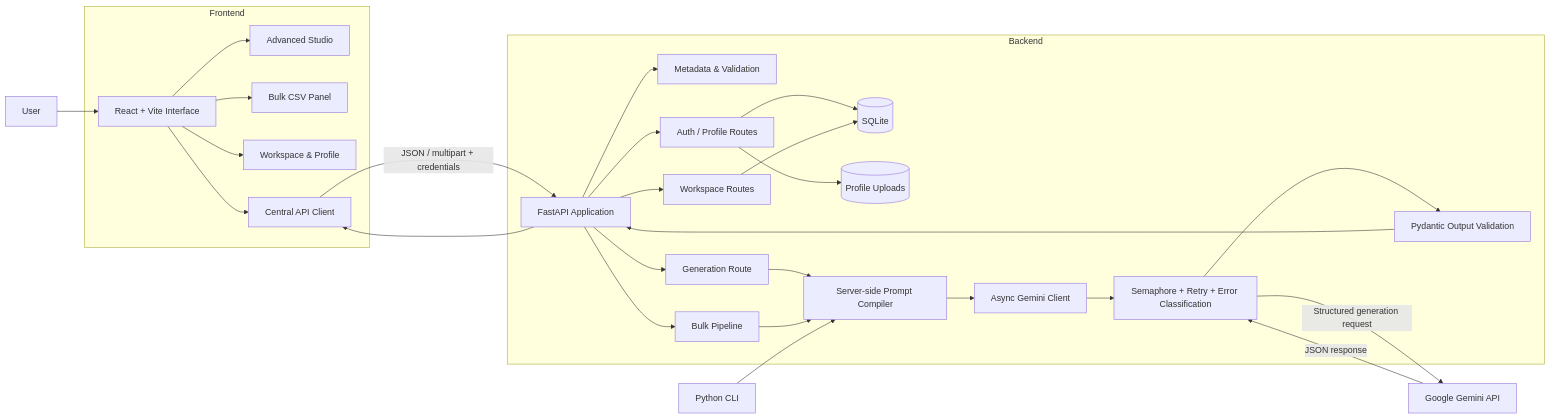
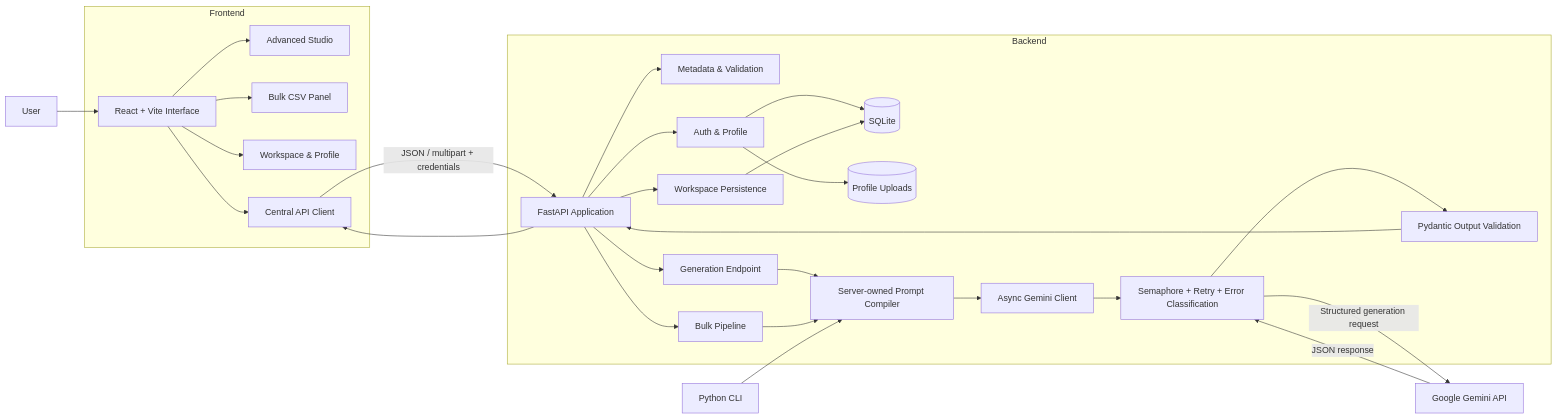
Before and after one commit to muhammadsaadjadoon/DecodeLabs-Internship: the first of 3 diagrams in DecodeLabs - Automated Copywriting Tone Transformer/README.md, drawn with Mermaid. The commit also changed other lines of this file, not shown here.

````diff
--- a/DecodeLabs - Automated Copywriting Tone Transformer/README.md
+++ b/DecodeLabs - Automated Copywriting Tone Transformer/README.md
@@ -310,38 +342,38 @@
 ```mermaid
 flowchart LR
     U[User] --> UI[React + Vite Interface]
 
     subgraph Frontend
       UI --> ST[Advanced Studio]
       UI --> BP[Bulk CSV Panel]
       UI --> WS[Workspace & Profile]
-      UI --> APIJS[Central API Client]
+      UI --> CLIENT[Central API Client]
     end
 
-    APIJS -->|JSON / multipart + credentials| API[FastAPI Application]
+    CLIENT -->|JSON / multipart + credentials| API[FastAPI Application]
 
     subgraph Backend
       API --> META[Metadata & Validation]
-      API --> AUTH[Auth / Profile Routes]
-      API --> WORK[Workspace Routes]
-      API --> GEN[Generation Route]
+      API --> AUTH[Auth & Profile]
+      API --> WORK[Workspace Persistence]
+      API --> GEN[Generation Endpoint]
       API --> BULK[Bulk Pipeline]
 
       AUTH --> DB[(SQLite)]
       WORK --> DB
       AUTH --> FILES[(Profile Uploads)]
 
-      GEN --> PROMPT[Server-side Prompt Compiler]
+      GEN --> PROMPT[Server-owned Prompt Compiler]
       BULK --> PROMPT
       PROMPT --> GEM[Async Gemini Client]
-      GEM --> RETRY[Semaphore + Retry + Error Classification]
-      RETRY --> VALIDATE[Pydantic Output Validation]
+      GEM --> RESILIENCE[Semaphore + Retry + Error Classification]
+      RESILIENCE --> VALIDATE[Pydantic Output Validation]
     end
 
-    RETRY -->|Structured generation request| GAI[Google Gemini API]
-    GAI -->|JSON response| RETRY
+    RESILIENCE -->|Structured generation request| GAI[Google Gemini API]
+    GAI -->|JSON response| RESILIENCE
     VALIDATE --> API
-    API --> APIJS
+    API --> CLIENT
 
     CLI[Python CLI] --> PROMPT
 ```
````
